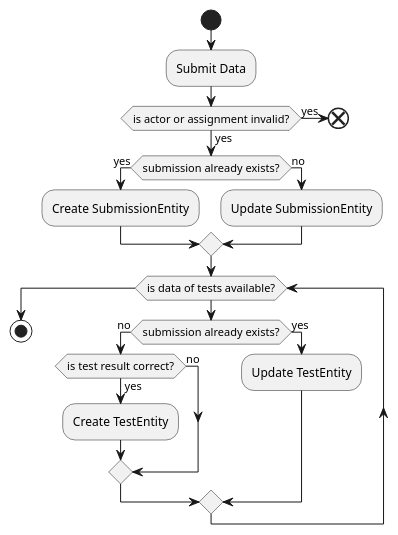
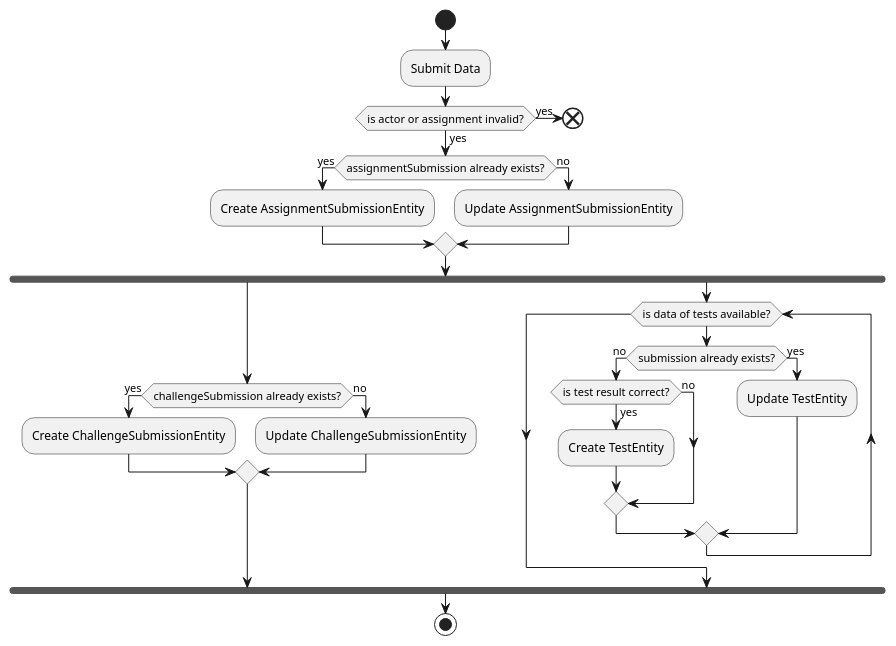
Before and after one commit to KonsumGandalf/RegensburgStudentProgressDashboard: the diagram in .uml/activity/github-submission.puml, drawn with PlantUML.

Commit message:
refactor(uml):
adjust the submission progress to the new ChallengeSubmission entity

```diff
--- a/.uml/activity/github-submission.puml
+++ b/.uml/activity/github-submission.puml
@@ -1,27 +1,35 @@
 @startuml
 'https://plantuml.com/activity-diagram-beta
 
 start
 :Submit Data;
 if (is actor or assignment invalid?) then (yes)
 end
 else (yes)
-    if (submission already exists?) then (yes)
-        :Create SubmissionEntity;
+    if (assignmentSubmission already exists?) then (yes)
+        :Create AssignmentSubmissionEntity;
     else (no)
-        :Update SubmissionEntity;
+        :Update AssignmentSubmissionEntity;
     endif
 endif
+fork
+if (challengeSubmission already exists?) then (yes)
+    :Create ChallengeSubmissionEntity;
+else (no)
+    :Update  ChallengeSubmissionEntity;
+endif
+fork again
 while (is data of tests available?)
     if (submission already exists?) then (no)
         if (is test result correct?) then (yes)
                 :Create TestEntity;
             else (no)
             endif
     else (yes)
         :Update TestEntity;
     endif
 endwhile
+end fork
 stop
 
 @enduml
```
